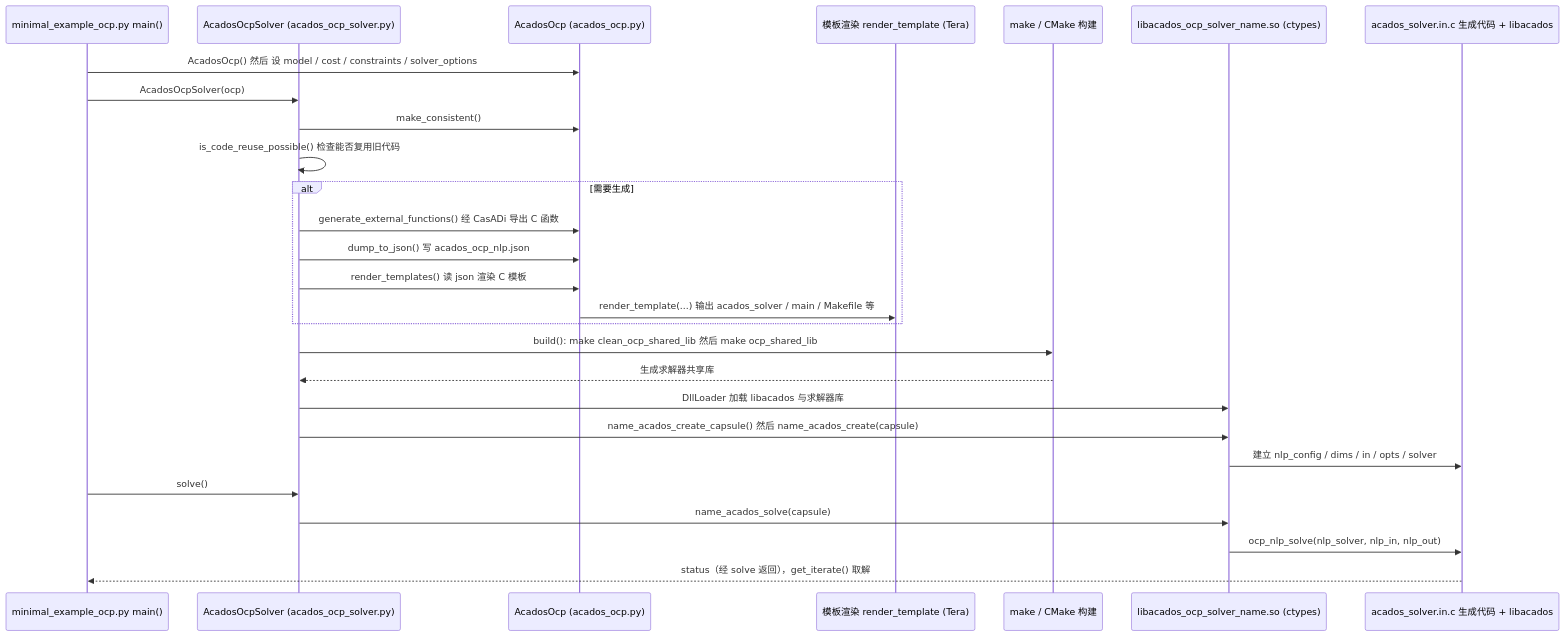
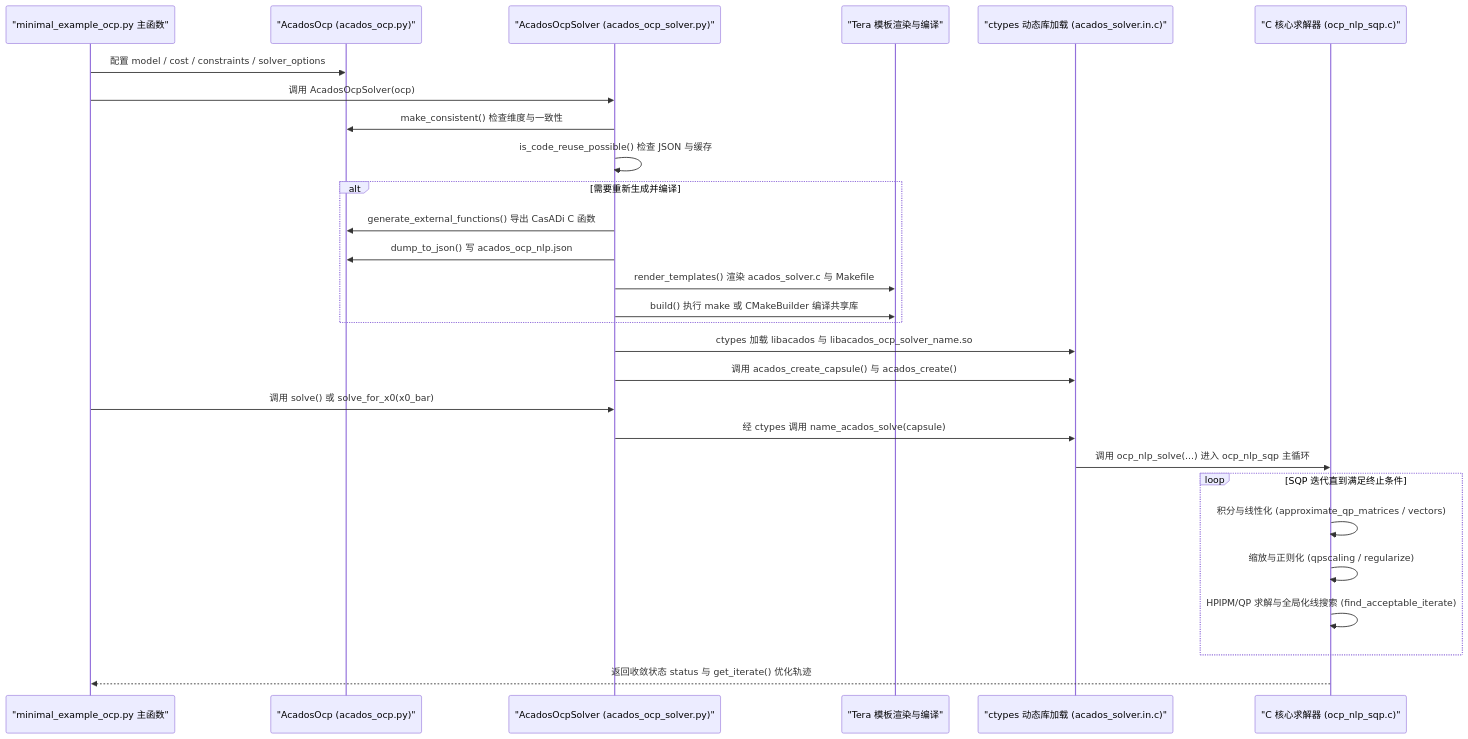
One commit to ImChong/Robotics_Notebooks changed the second of 2 diagrams in wiki/entities/acados.md. Above: the diagram before and after it, drawn with Mermaid. The commit also changed other lines of this file and 151 other files, not shown here.

````diff
--- a/wiki/entities/acados.md
+++ b/wiki/entities/acados.md
@@ -63,30 +95,31 @@
 ```mermaid
 sequenceDiagram
-    participant U as minimal_example_ocp.py main()
-    participant S as AcadosOcpSolver (acados_ocp_solver.py)
-    participant O as AcadosOcp (acados_ocp.py)
-    participant T as 模板渲染 render_template (Tera)
-    participant B as make / CMake 构建
-    participant L as libacados_ocp_solver_name.so (ctypes)
-    participant C as acados_solver.in.c 生成代码 + libacados
+    participant U as "minimal_example_ocp.py 主函数"
+    participant O as "AcadosOcp (acados_ocp.py)"
+    participant S as "AcadosOcpSolver (acados_ocp_solver.py)"
+    participant T as "Tera 模板渲染与编译"
+    participant L as "ctypes 动态库加载 (acados_solver.in.c)"
+    participant C as "C 核心求解器 (ocp_nlp_sqp.c)"
 
-    U->>O: AcadosOcp() 然后 设 model / cost / constraints / solver_options
-    U->>S: AcadosOcpSolver(ocp)
-    S->>O: make_consistent()
-    S->>S: is_code_reuse_possible() 检查能否复用旧代码
-    alt 需要生成
-        S->>O: generate_external_functions() 经 CasADi 导出 C 函数
+    U->>O: 配置 model / cost / constraints / solver_options
+    U->>S: 调用 AcadosOcpSolver(ocp)
+    S->>O: make_consistent() 检查维度与一致性
+    S->>S: is_code_reuse_possible() 检查 JSON 与缓存
+    alt 需要重新生成并编译
+        S->>O: generate_external_functions() 导出 CasADi C 函数
         S->>O: dump_to_json() 写 acados_ocp_nlp.json
-        S->>O: render_templates() 读 json 渲染 C 模板
-        O->>T: render_template(...) 输出 acados_solver / main / Makefile 等
+        S->>T: render_templates() 渲染 acados_solver.c 与 Makefile
+        S->>T: build() 执行 make 或 CMakeBuilder 编译共享库
     end
-    S->>B: build(): make clean_ocp_shared_lib 然后 make ocp_shared_lib
-    B-->>S: 生成求解器共享库
-    S->>L: DllLoader 加载 libacados 与求解器库
-    S->>L: name_acados_create_capsule() 然后 name_acados_create(capsule)
-    L->>C: 建立 nlp_config / dims / in / opts / solver
-    U->>S: solve()
-    S->>L: name_acados_solve(capsule)
-    L->>C: ocp_nlp_solve(nlp_solver, nlp_in, nlp_out)
-    C-->>U: status（经 solve 返回），get_iterate() 取解
+    S->>L: ctypes 加载 libacados 与 libacados_ocp_solver_name.so
+    S->>L: 调用 acados_create_capsule() 与 acados_create()
+    U->>S: 调用 solve() 或 solve_for_x0(x0_bar)
+    S->>L: 经 ctypes 调用 name_acados_solve(capsule)
+    L->>C: 调用 ocp_nlp_solve(...) 进入 ocp_nlp_sqp 主循环
+    loop SQP 迭代直到满足终止条件
+        C->>C: 积分与线性化 (approximate_qp_matrices / vectors)
+        C->>C: 缩放与正则化 (qpscaling / regularize)
+        C->>C: HPIPM/QP 求解与全局化线搜索 (find_acceptable_iterate)
+    end
+    C-->>U: 返回收敛状态 status 与 get_iterate() 优化轨迹
 ```
````
